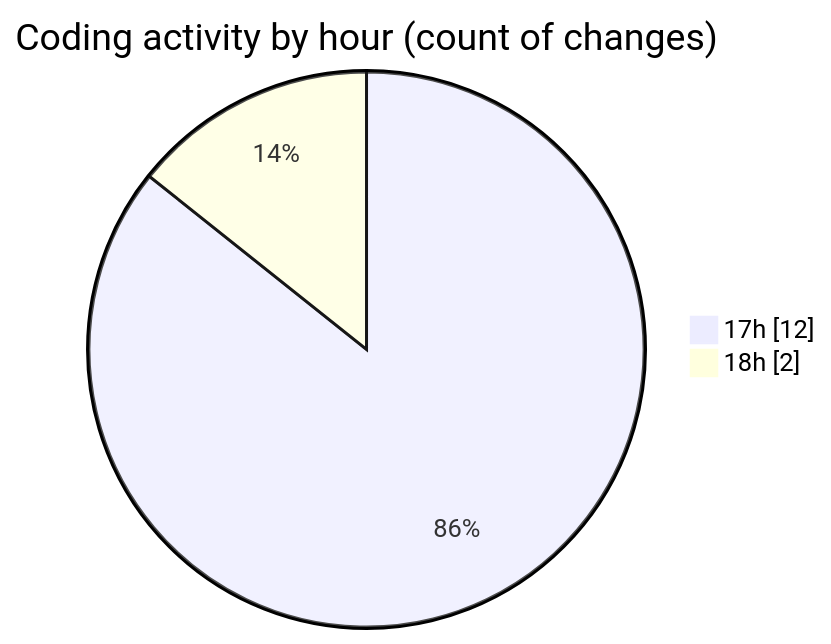
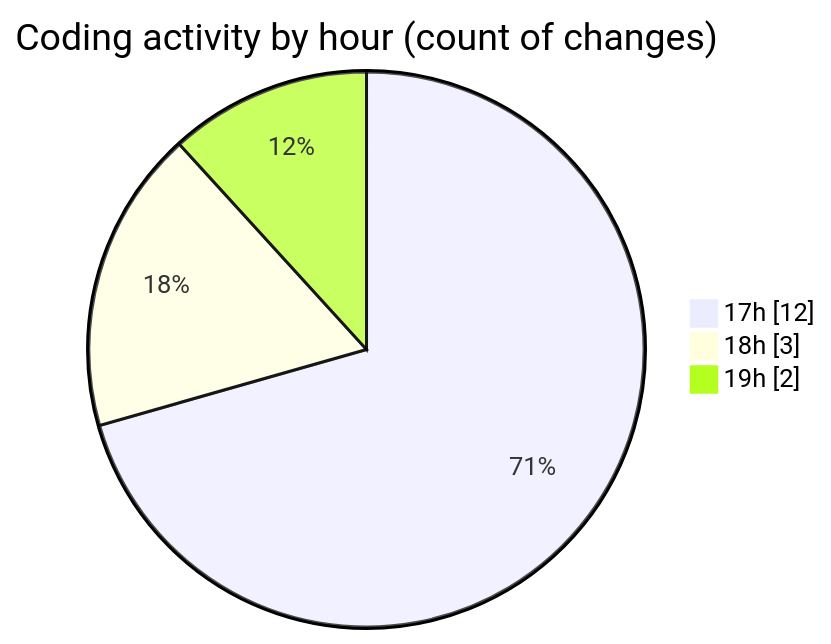
The second of 2 diagrams in 2025-09-09/cashcalculator/README.md (nxtqubesakshisongat/code-tracking), drawn with Mermaid before and after one commit. The commit also changed other lines of this file and 1 other file, not shown here.

````diff
--- a/2025-09-09/cashcalculator/README.md
+++ b/2025-09-09/cashcalculator/README.md
@@ -28,6 +28,7 @@
 ```mermaid
 pie showData
 title Coding activity by hour (count of changes)
 "17h" : 12
-"18h" : 2
+"18h" : 3
+"19h" : 2
 ```
````
